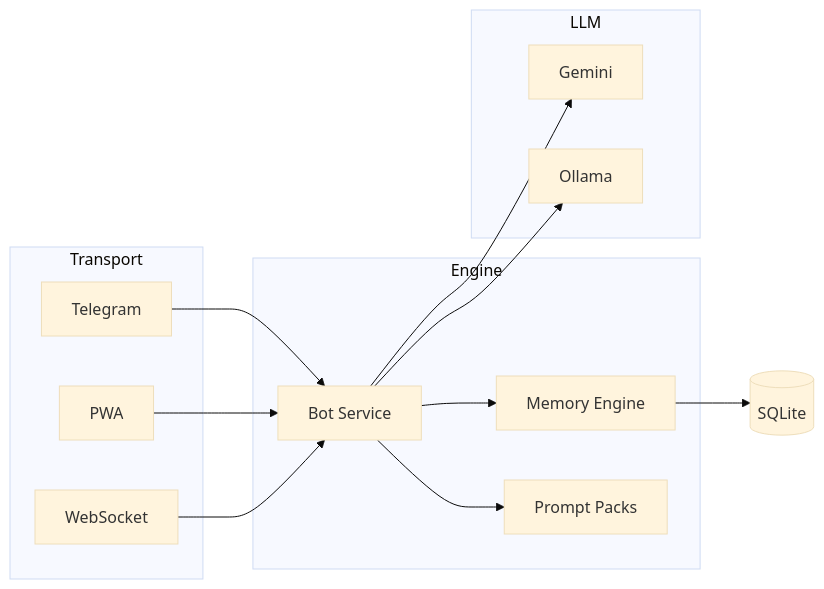
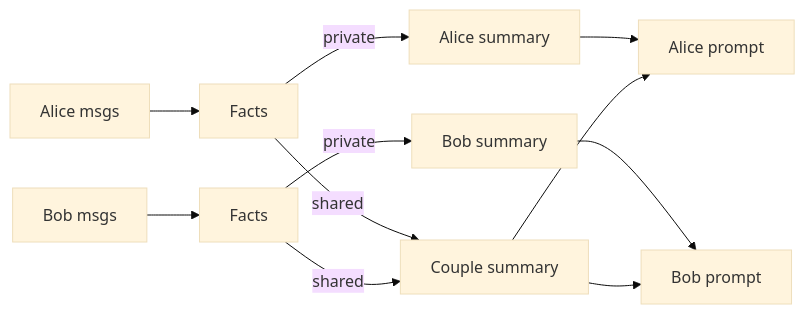
One commit to ksrikanthcnc/pAIrtner changed the diagram in README.md. Above: the diagram before and after it, drawn with Mermaid (base theme). The commit also changed other lines of this file and 189 other files, not shown here.

First line of the commit message:
v2.1: 46 features — multi-provider LLM, schema v2 wire, memory engine, chat import, PWA, docs

````diff
--- a/README.md
+++ b/README.md
@@ -56,23 +230,8 @@
 ```mermaid
 graph LR
-    subgraph Transport
-        TG[Telegram]
-        PWA[PWA]
-        WS[WebSocket]
-    end
-    subgraph Engine
-        SVC[Bot Service]
-        MEM[Memory Engine]
-        PROMPT[Prompt Packs]
-    end
-    subgraph LLM
-        GEM[Gemini]
-        OLL[Ollama]
-    end
-    DB[(SQLite)]
-
-    TG & PWA & WS --> SVC
-    SVC --> MEM --> DB
-    SVC --> PROMPT
-    SVC --> GEM & OLL
+    A[Alice msgs] --> FA[Facts]
+    B[Bob msgs] --> FB[Facts]
+    FA -->|private| SA[Alice summary] --> PA[Alice prompt]
+    FB -->|private| SB[Bob summary] --> PB[Bob prompt]
+    FA & FB -->|shared| SC[Couple summary] --> PA & PB
 ```
````
